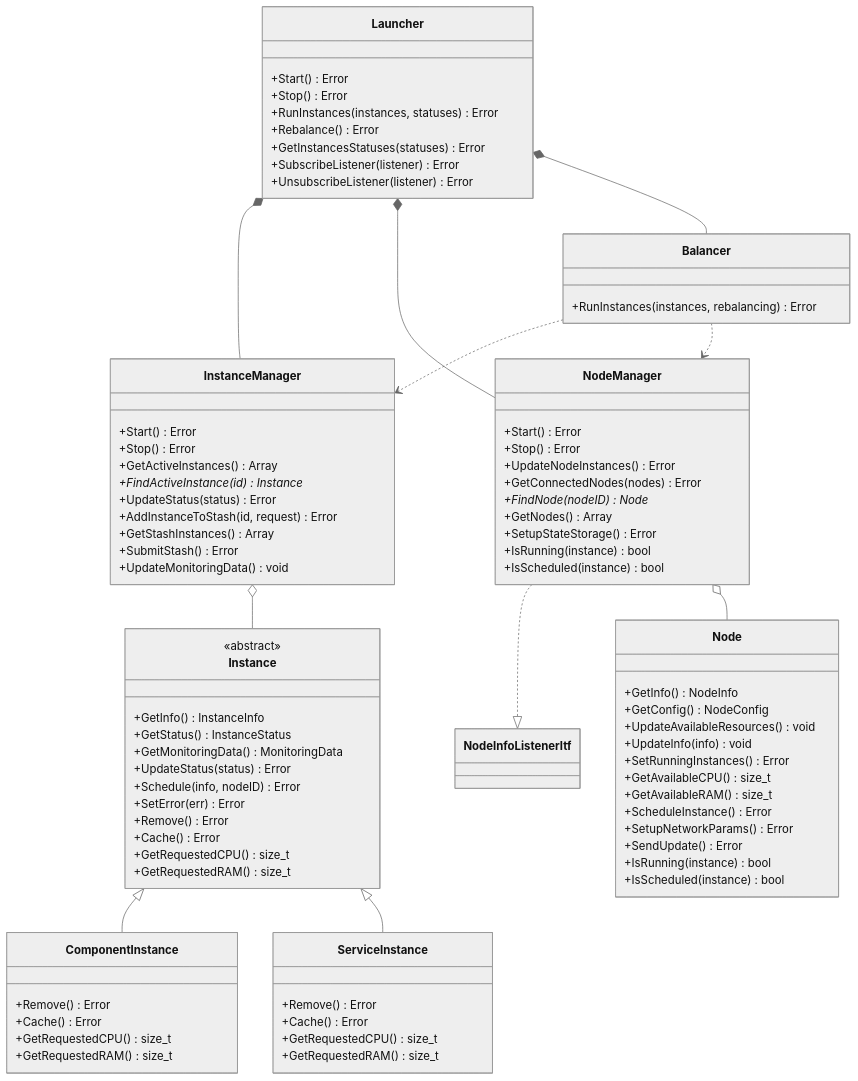
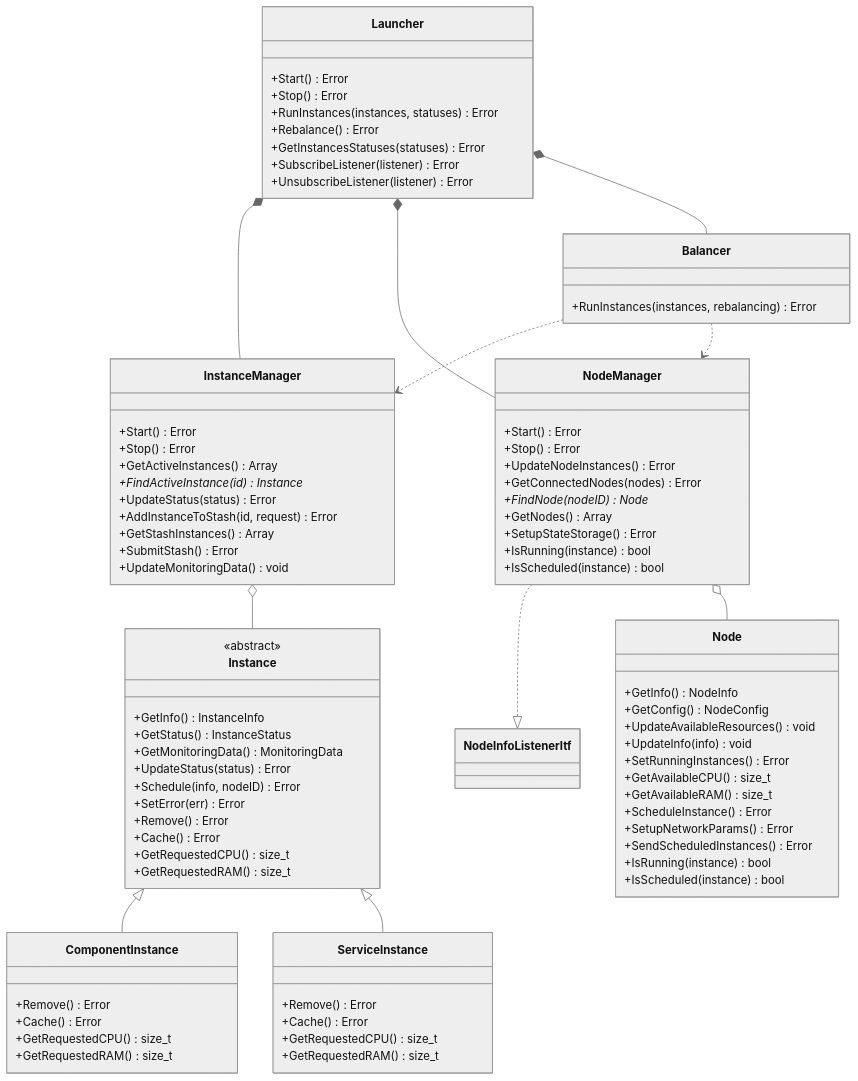
One commit to aosedge/aos_core_lib_cpp changed the fourth of 4 diagrams in src/core/cm/launcher/launcher.md. Above: the diagram before and after it, drawn with Mermaid (neutral theme). The commit also changed 6 other files, not shown here.

```diff
--- a/src/core/cm/launcher/launcher.md
+++ b/src/core/cm/launcher/launcher.md
@@ -333,7 +333,7 @@
         +GetAvailableRAM() size_t
         +ScheduleInstance() Error
         +SetupNetworkParams() Error
-        +SendUpdate() Error
+        +SendScheduledInstances() Error
         +IsRunning(instance) bool
         +IsScheduled(instance) bool
     }
```
